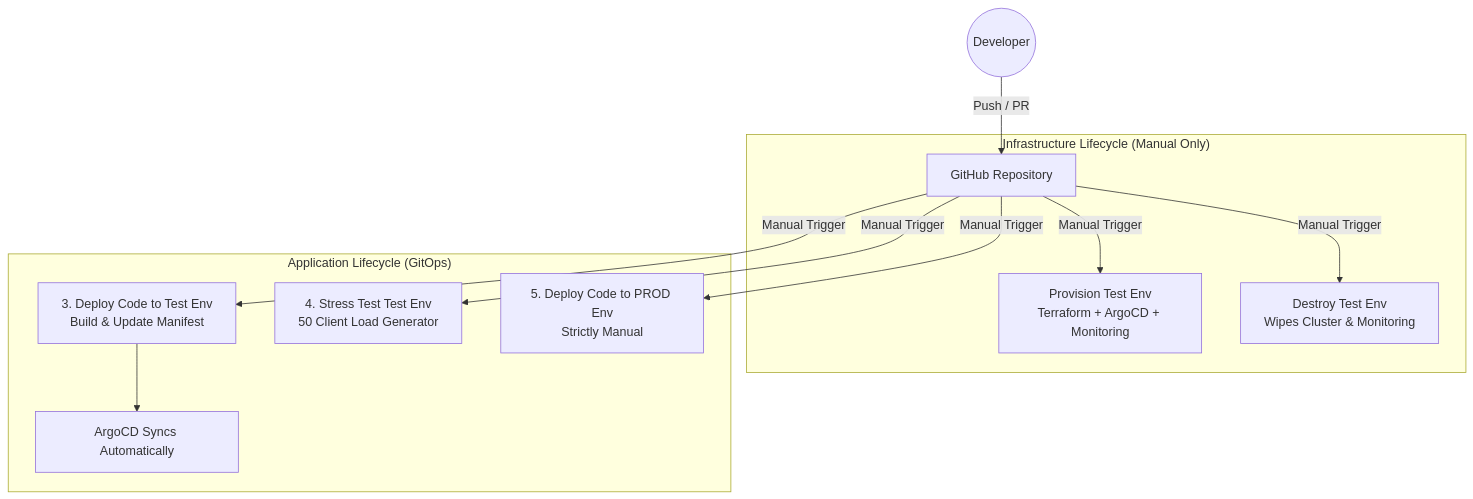
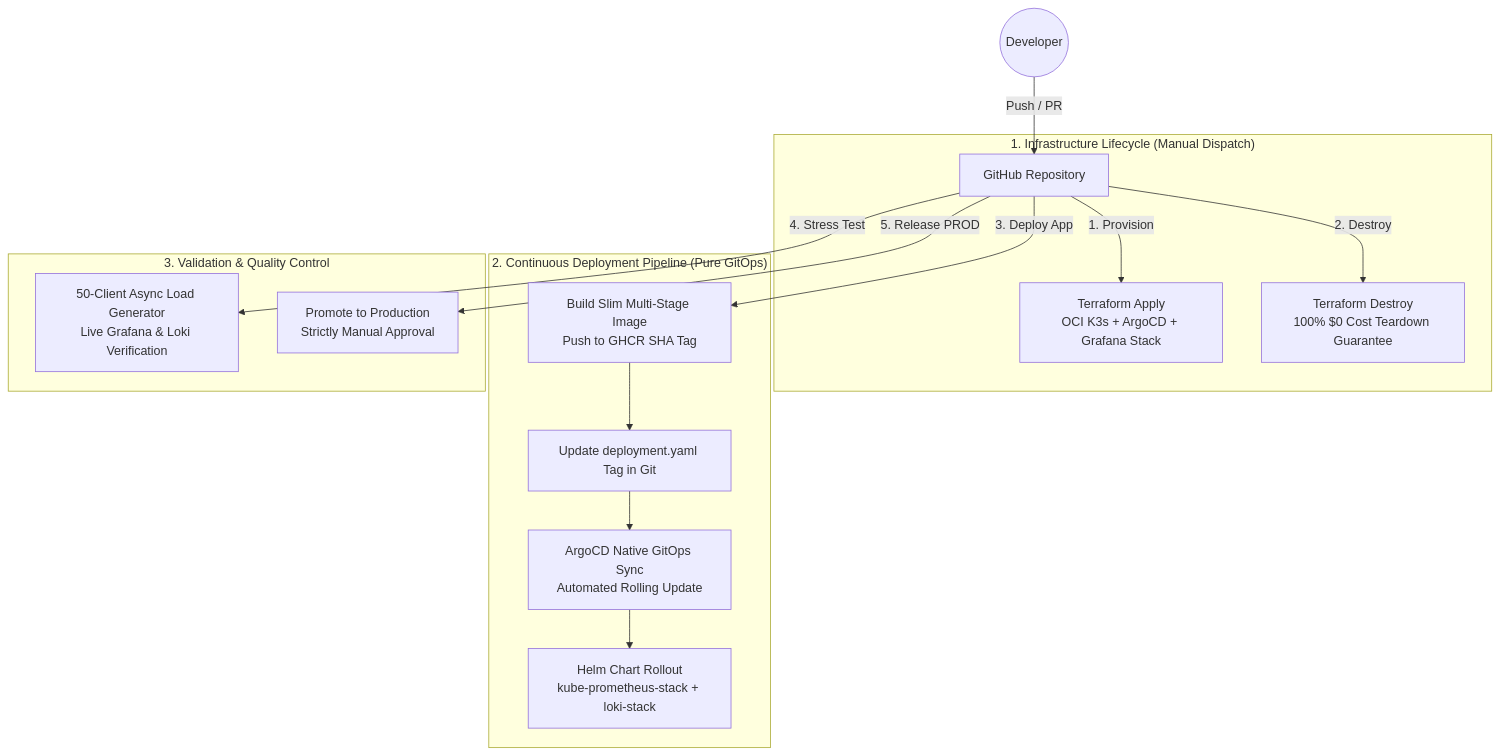
Before and after one commit to Eran-Meir/IRC: the diagram in README.md, drawn with Mermaid. The commit also changed other lines of this file, not shown here.

Commit message:
docs: update README.md with comprehensive GitOps, slim container packaging, and resource pruning architecture sections

````diff
--- a/README.md
+++ b/README.md
@@ -22,16 +27,21 @@
 ```mermaid
 graph TD
     Developer((Developer)) -->|Push / PR| GitHub[GitHub Repository]
     
-    subgraph Infra ["Infrastructure Lifecycle (Manual Only)"]
-        GitHub -->|Manual Trigger| ProvTest[Provision Test Env<br/>Terraform + ArgoCD + Monitoring]
-        GitHub -->|Manual Trigger| DestTest[Destroy Test Env<br/>Wipes Cluster & Monitoring]
+    subgraph Infra ["1. Infrastructure Lifecycle (Manual Dispatch)"]
+        GitHub -->|1. Provision| ProvTest[Terraform Apply<br/>OCI K3s + ArgoCD + Grafana Stack]
+        GitHub -->|2. Destroy| DestTest[Terraform Destroy<br/>100% $0 Cost Teardown Guarantee]
     end
 
-    subgraph App ["Application Lifecycle (GitOps)"]
-        GitHub -->|Manual Trigger| DepTest[3. Deploy Code to Test Env<br/>Build & Update Manifest]
-        DepTest --> ArgoCD[ArgoCD Syncs Automatically]
-        GitHub -->|Manual Trigger| StressTest[4. Stress Test Test Env<br/>50 Client Load Generator]
-        GitHub -->|Manual Trigger| DepProd[5. Deploy Code to PROD Env<br/>Strictly Manual]
+    subgraph GitOps ["2. Continuous Deployment Pipeline (Pure GitOps)"]
+        GitHub -->|3. Deploy App| BuildDocker[Build Slim Multi-Stage Image<br/>Push to GHCR SHA Tag]
+        BuildDocker --> CommitGit[Update deployment.yaml Tag in Git]
+        CommitGit --> ArgoCD[ArgoCD Native GitOps Sync<br/>Automated Rolling Update]
+        ArgoCD --> Helm[Helm Chart Rollout<br/>kube-prometheus-stack + loki-stack]
+    end
+
+    subgraph Quality ["3. Validation & Quality Control"]
+        GitHub -->|4. Stress Test| LoadGen[50-Client Async Load Generator<br/>Live Grafana & Loki Verification]
+        GitHub -->|5. Release PROD| DepProd[Promote to Production<br/>Strictly Manual Approval]
     end
 ```
````
